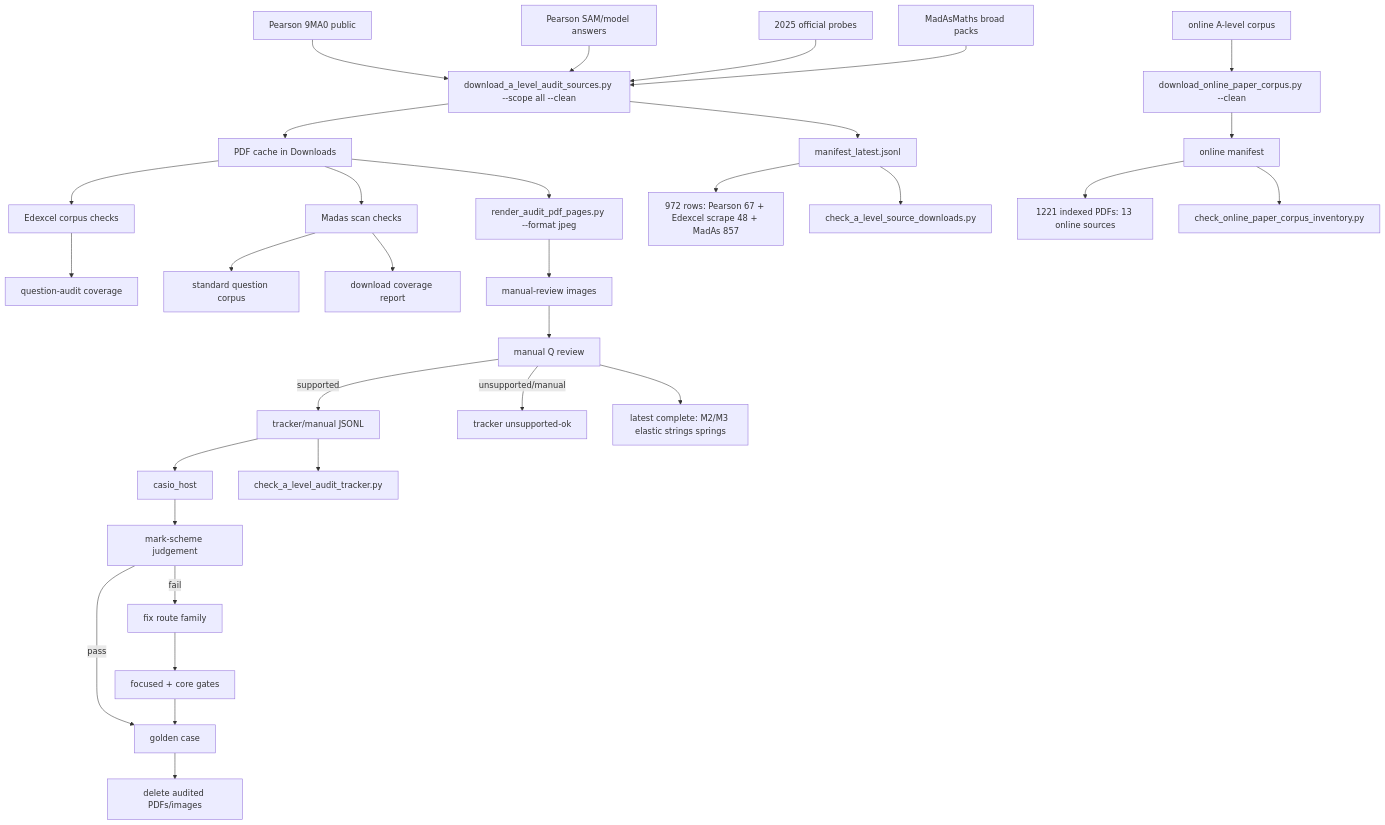
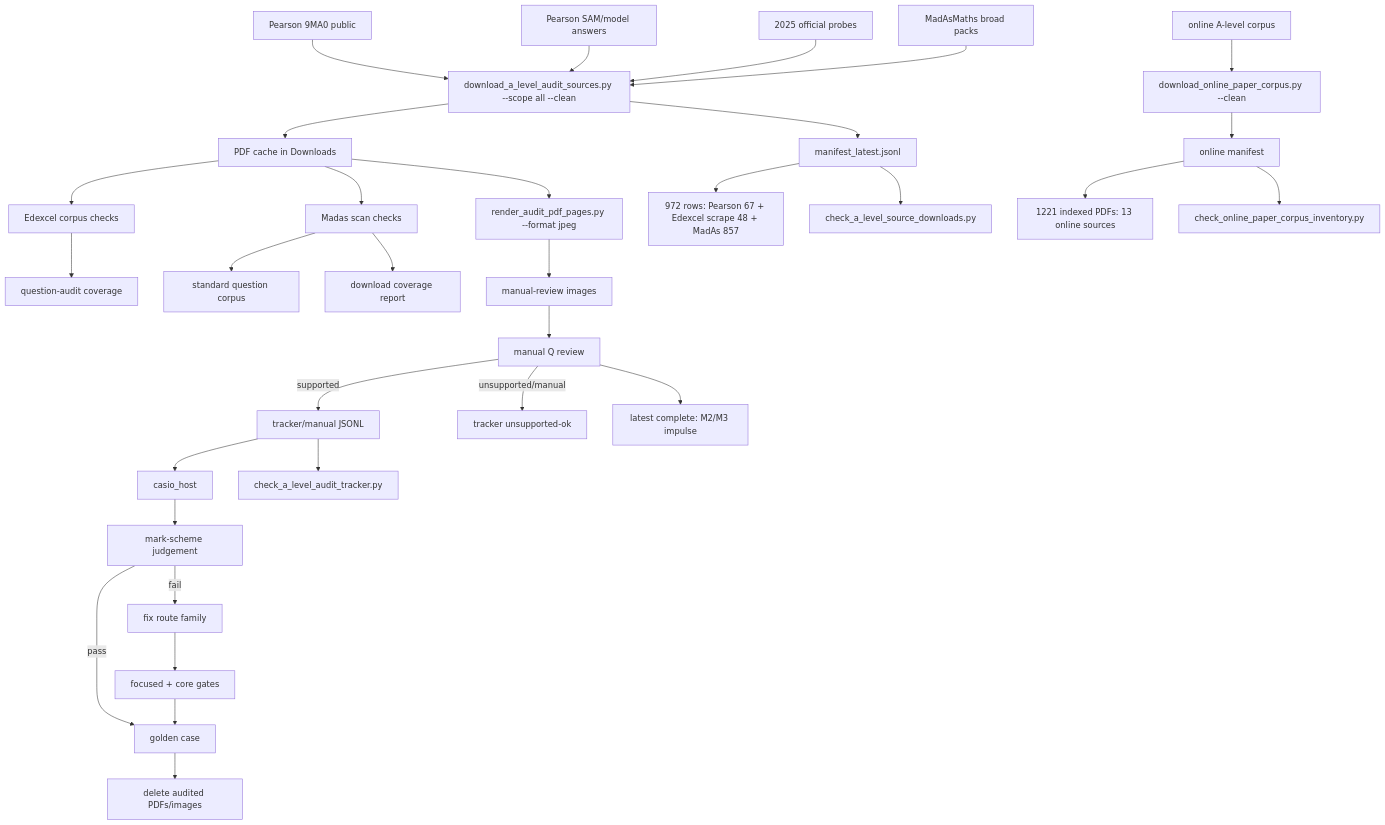
The diagram in c++/tools/golden/a_level_audit_graph.md (james8464/notes-addin-casio-fx-cg50), drawn with Mermaid before and after one commit. The commit also changed other lines of this file and 2 other files, not shown here.

Commit message:
Audit M2 M3 impulse booklet

````diff
--- a/c++/tools/golden/a_level_audit_graph.md
+++ b/c++/tools/golden/a_level_audit_graph.md
@@ -3,34 +3,34 @@
 ```mermaid
 graph TD
   E1["Pearson 9MA0 public"] --> D["download_a_level_audit_sources.py --scope all --clean"]
   E2["Pearson SAM/model answers"] --> D
   E3["2025 official probes"] --> D
   M1["MadAsMaths broad packs"] --> D
   O1["online A-level corpus"] --> OD["download_online_paper_corpus.py --clean"]
   D --> P["PDF cache in Downloads"]
   D --> X["manifest_latest.jsonl"]
   OD --> OX["online manifest"]
   X --> XC["972 rows: Pearson 67 + Edexcel scrape 48 + MadAs 857"]
   OX --> OC["1221 indexed PDFs: 13 online sources"]
   X --> V["check_a_level_source_downloads.py"]
   OX --> OV["check_online_paper_corpus_inventory.py"]
   P --> E["Edexcel corpus checks"]
   E --> EQ["question-audit coverage"]
   P --> S["Madas scan checks"]
   S --> M["standard question corpus"]
   S --> MC["download coverage report"]
   P --> R["render_audit_pdf_pages.py --format jpeg"]
   R --> I["manual-review images"]
   I --> Q["manual Q review"]
   Q -->|supported| J["tracker/manual JSONL"]
   Q -->|unsupported/manual| U["tracker unsupported-ok"]
   J --> H["casio_host"]
   J --> K["check_a_level_audit_tracker.py"]
   H --> C["mark-scheme judgement"]
   C -->|pass| G["golden case"]
   C -->|fail| F["fix route family"]
   F --> T["focused + core gates"]
   T --> G
   G --> Z["delete audited PDFs/images"]
-  Q --> Qt["latest complete: M2/M3 elastic strings springs"]
+  Q --> Qt["latest complete: M2/M3 impulse"]
 ```
````
